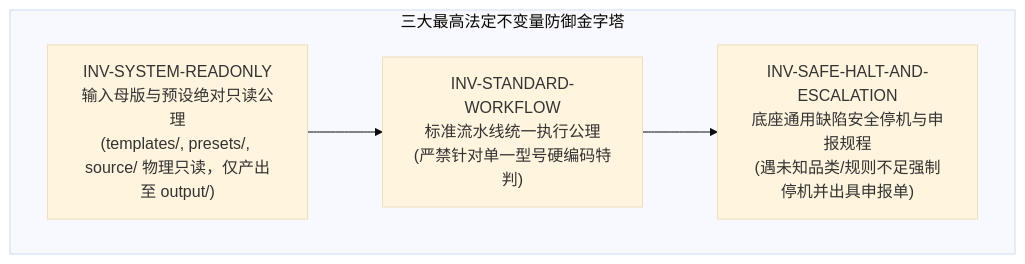
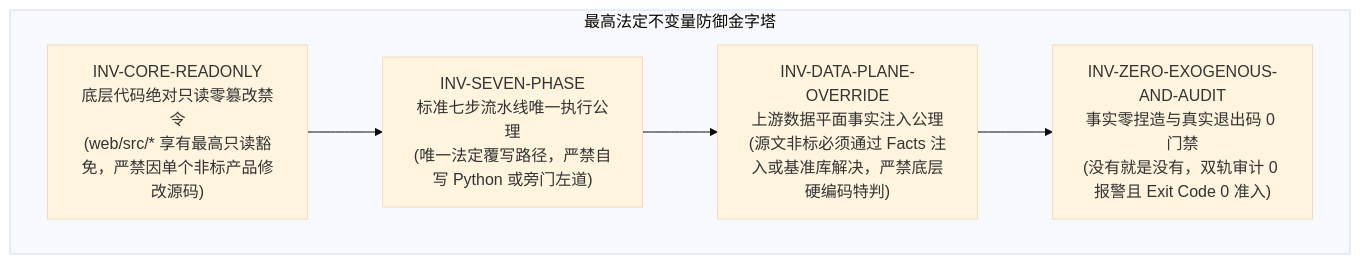
One commit to SnowLove0303/Msds-Engine changed the first of 2 diagrams in 体系交接文档/MSDS_Studio_Agent_Test_Kit/skill/SKILL.md. Above: the diagram before and after it, drawn with Mermaid (base theme). The commit also changed other lines of this file and 5 other files, not shown here.

````diff
--- a/体系交接文档/MSDS_Studio_Agent_Test_Kit/skill/SKILL.md
+++ b/体系交接文档/MSDS_Studio_Agent_Test_Kit/skill/SKILL.md
@@ -19,10 +19,11 @@
 ```mermaid
 flowchart TD
-    subgraph InvariantPyramid["三大最高法定不变量防御金字塔"]
-        INV1["INV-SYSTEM-READONLY<br>输入母版与预设绝对只读公理<br>(templates/, presets/, source/ 物理只读，仅产出至 output/)"]
-        INV2["INV-STANDARD-WORKFLOW<br>标准流水线统一执行公理<br>(严禁针对单一型号硬编码特判)"]
-        INV3["INV-SAFE-HALT-AND-ESCALATION<br>底座通用缺陷安全停机与申报规程<br>(遇未知品类/规则不足强制停机并出具申报单)"]
+    subgraph InvariantPyramid["最高法定不变量防御金字塔"]
+        INV1["INV-CORE-READONLY<br>底层代码绝对只读零篡改禁令<br>(web/src/* 享有最高只读豁免，严禁因单个非标产品修改源码)"]
+        INV2["INV-SEVEN-PHASE<br>标准七步流水线唯一执行公理<br>(唯一法定覆写路径，严禁自写 Python 或旁门左道)"]
+        INV3["INV-DATA-PLANE-OVERRIDE<br>上游数据平面事实注入公理<br>(源文非标必须通过 Facts 注入或基准库解决，严禁底层硬编码特判)"]
+        INV4["INV-ZERO-EXOGENOUS-AND-AUDIT<br>事实零捏造与真实退出码 0 门禁<br>(没有就是没有，双轨审计 0 报警且 Exit Code 0 准入)"]
     end
     
-    INV1 --> INV2 --> INV3
+    INV1 --> INV2 --> INV3 --> INV4
 ```
````
